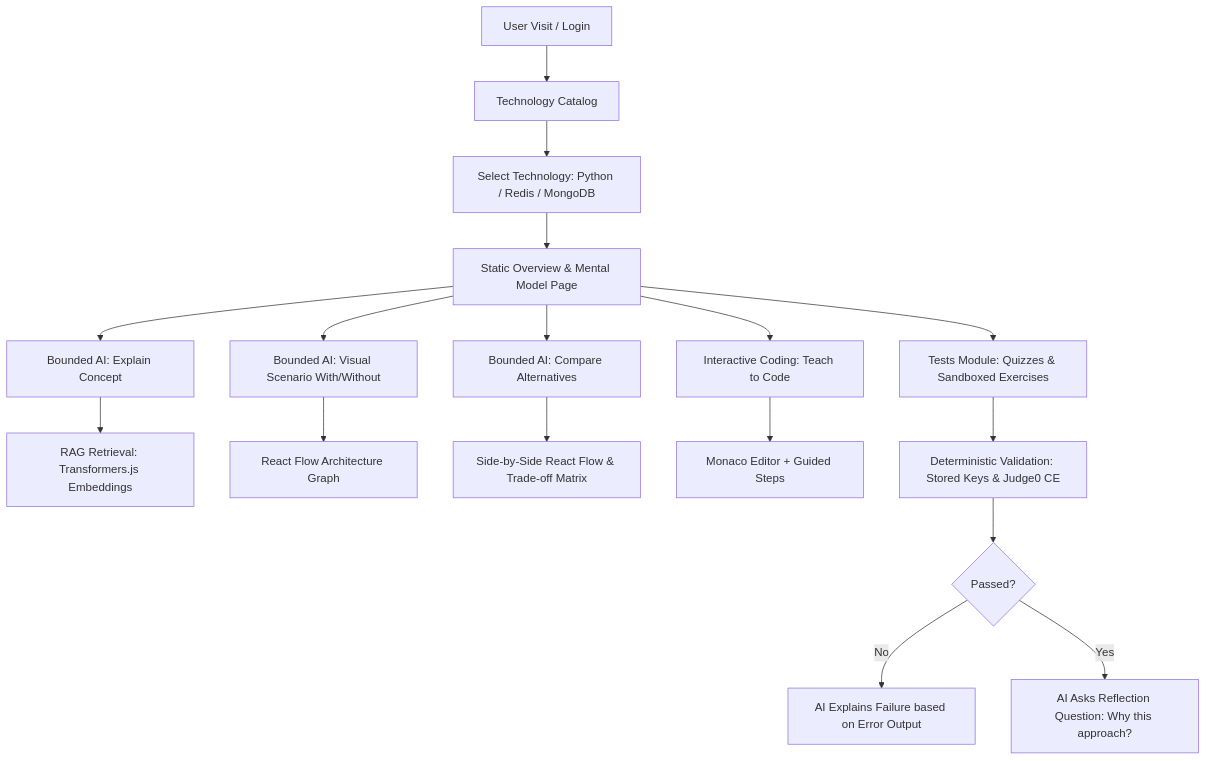
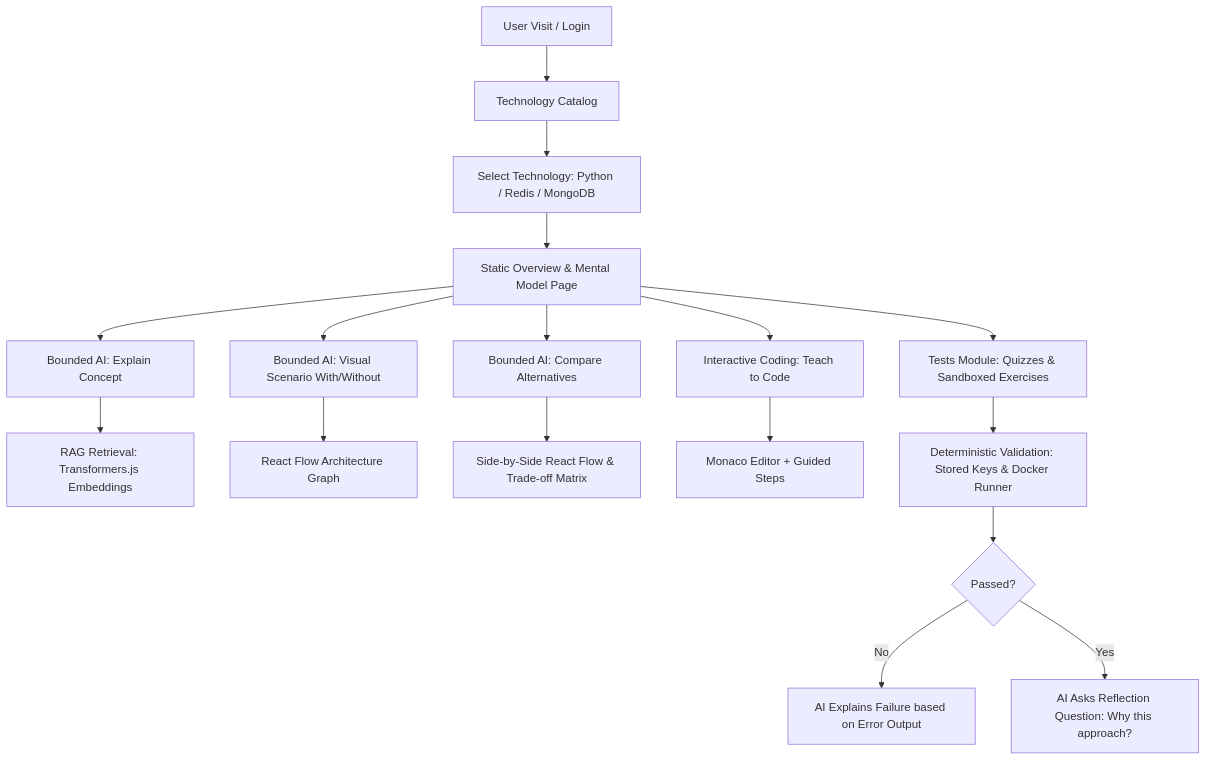
The diagram in docs/PROJECT_SPEC.md (srutthig0706/codara), drawn with Mermaid before and after one commit. The commit also changed other lines of this file and 6 other files, not shown here.

````diff
--- a/docs/PROJECT_SPEC.md
+++ b/docs/PROJECT_SPEC.md
@@ -71,21 +71,21 @@
 ```mermaid
 flowchart TD
     A[User Visit / Login] --> B[Technology Catalog]
     B --> C[Select Technology: Python / Redis / MongoDB]
     C --> D[Static Overview & Mental Model Page]
     D --> E1[Bounded AI: Explain Concept]
     D --> E2[Bounded AI: Visual Scenario With/Without]
     D --> E3[Bounded AI: Compare Alternatives]
     D --> E4[Interactive Coding: Teach to Code]
     D --> E5[Tests Module: Quizzes & Sandboxed Exercises]
     
     E1 --> F[RAG Retrieval: Transformers.js Embeddings]
     E2 --> G[React Flow Architecture Graph]
     E3 --> H[Side-by-Side React Flow & Trade-off Matrix]
     E4 --> I[Monaco Editor + Guided Steps]
-    E5 --> J[Deterministic Validation: Stored Keys & Judge0 CE]
+    E5 --> J[Deterministic Validation: Stored Keys & Docker Runner]
     
     J --> K{Passed?}
     K -- No --> L[AI Explains Failure based on Error Output]
     K -- Yes --> M[AI Asks Reflection Question: Why this approach?]
 ```
````
